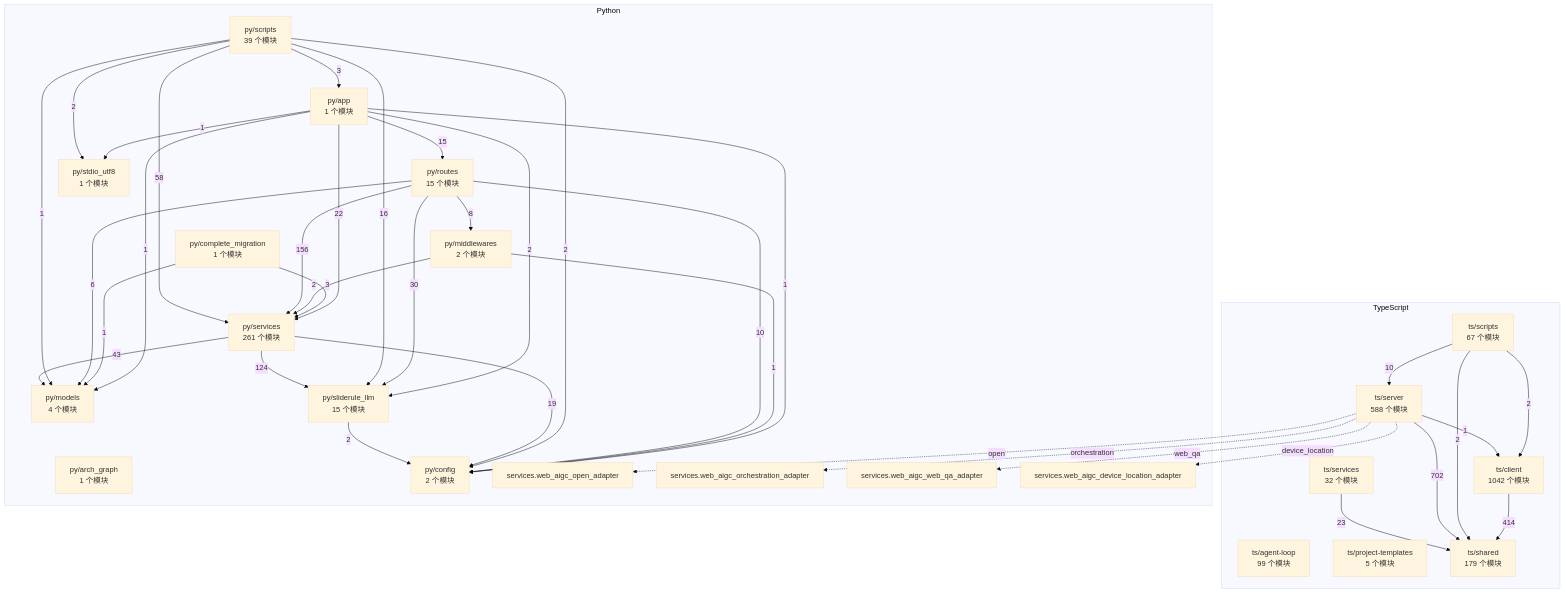
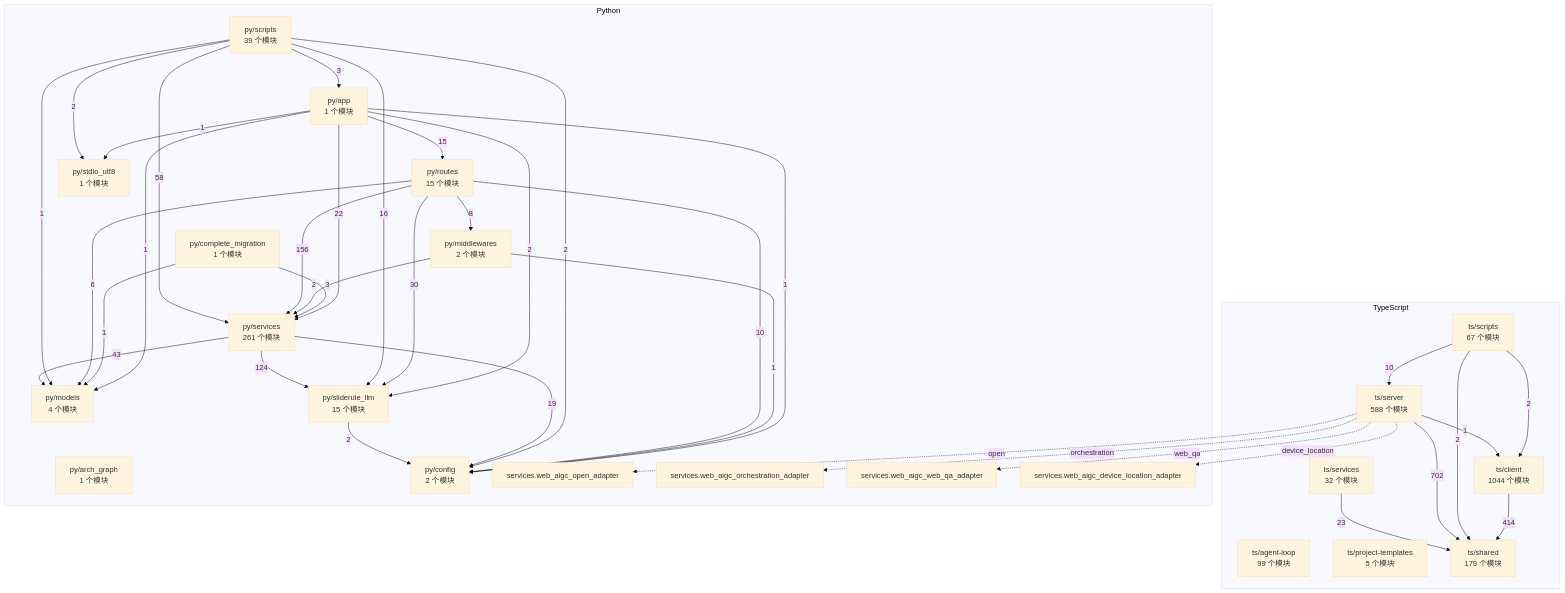
Before and after one commit to 2686521696/WhyBuddy: the diagram in docs/WhyBuddy 全仓架构图（自动生成）.md, drawn with Mermaid (base theme). The commit also changed 9 other files, not shown here.

````diff
--- a/docs/WhyBuddy 全仓架构图（自动生成）.md
+++ b/docs/WhyBuddy 全仓架构图（自动生成）.md
@@ -14,65 +14,65 @@
 ```mermaid
 flowchart TB
   subgraph ts [TypeScript]
     ts_agent_loop["ts/agent-loop<br/>99 个模块"]
-    ts_client["ts/client<br/>1042 个模块"]
+    ts_client["ts/client<br/>1044 个模块"]
     ts_project_templates["ts/project-templates<br/>5 个模块"]
     ts_scripts["ts/scripts<br/>67 个模块"]
     ts_server["ts/server<br/>588 个模块"]
     ts_services["ts/services<br/>32 个模块"]
     ts_shared["ts/shared<br/>179 个模块"]
   end
   subgraph py [Python]
     py_app["py/app<br/>1 个模块"]
     py_arch_graph["py/arch_graph<br/>1 个模块"]
     py_complete_migration["py/complete_migration<br/>1 个模块"]
     py_config["py/config<br/>2 个模块"]
     py_middlewares["py/middlewares<br/>2 个模块"]
     py_models["py/models<br/>4 个模块"]
     py_routes["py/routes<br/>15 个模块"]
     py_scripts["py/scripts<br/>39 个模块"]
     py_services["py/services<br/>261 个模块"]
     py_sliderule_llm["py/sliderule_llm<br/>15 个模块"]
     py_stdio_utf8["py/stdio_utf8<br/>1 个模块"]
     py_services_web_aigc_open_adapter["services.web_aigc_open_adapter"]
     py_services_web_aigc_orchestration_adapter["services.web_aigc_orchestration_adapter"]
     py_services_web_aigc_web_qa_adapter["services.web_aigc_web_qa_adapter"]
     py_services_web_aigc_device_location_adapter["services.web_aigc_device_location_adapter"]
   end
   ts_client -->|414| ts_shared
   ts_scripts -->|2| ts_client
   ts_scripts -->|10| ts_server
   ts_scripts -->|2| ts_shared
   ts_server -->|1| ts_client
   ts_server -->|702| ts_shared
   ts_services -->|23| ts_shared
   py_app -->|1| py_config
   py_app -->|1| py_models
   py_app -->|15| py_routes
   py_app -->|22| py_services
   py_app -->|2| py_sliderule_llm
   py_app -->|1| py_stdio_utf8
   py_complete_migration -->|1| py_models
   py_complete_migration -->|3| py_services
   py_middlewares -->|1| py_config
   py_middlewares -->|2| py_services
   py_routes -->|10| py_config
   py_routes -->|8| py_middlewares
   py_routes -->|6| py_models
   py_routes -->|156| py_services
   py_routes -->|30| py_sliderule_llm
   py_scripts -->|3| py_app
   py_scripts -->|2| py_config
   py_scripts -->|1| py_models
   py_scripts -->|58| py_services
   py_scripts -->|16| py_sliderule_llm
   py_scripts -->|2| py_stdio_utf8
   py_services -->|19| py_config
   py_services -->|43| py_models
   py_services -->|124| py_sliderule_llm
   py_sliderule_llm -->|2| py_config
   ts_server -.->|open| py_services_web_aigc_open_adapter
   ts_server -.->|orchestration| py_services_web_aigc_orchestration_adapter
   ts_server -.->|web_qa| py_services_web_aigc_web_qa_adapter
   ts_server -.->|device_location| py_services_web_aigc_device_location_adapter
 ```
````
